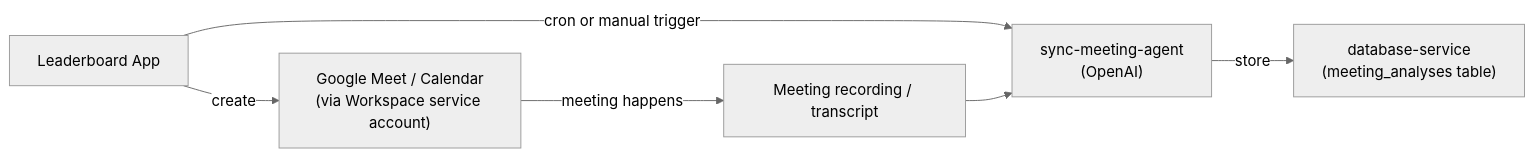
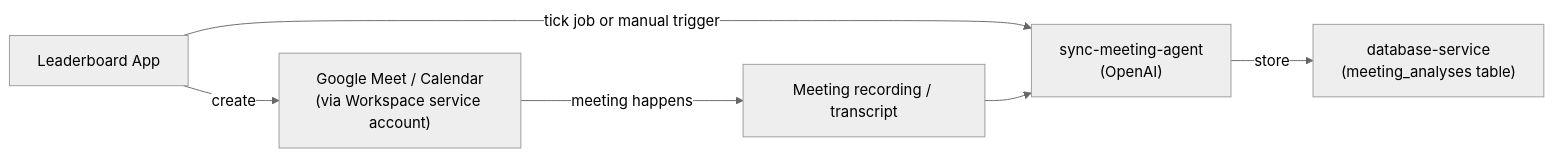
The fourth of 4 diagrams in docs/architecture.md (MyTwin-Lab/leaderboard), drawn with Mermaid (neutral theme) before and after one commit. The commit also changed other lines of this file and 24 other files, not shown here.

````diff
--- a/docs/architecture.md
+++ b/docs/architecture.md
@@ -92,8 +143,8 @@
 ```mermaid
 flowchart LR
   App["Leaderboard App"] -->|create| Meet["Google Meet / Calendar\n(via Workspace service account)"]
   Meet -->|meeting happens| Recording["Meeting recording / transcript"]
-  App -->|cron or manual trigger| Agent["sync-meeting-agent\n(OpenAI)"]
+  App -->|tick job or manual trigger| Agent["sync-meeting-agent\n(OpenAI)"]
   Recording --> Agent
   Agent -->|store| DB["database-service\n(meeting_analyses table)"]
 ```
````
